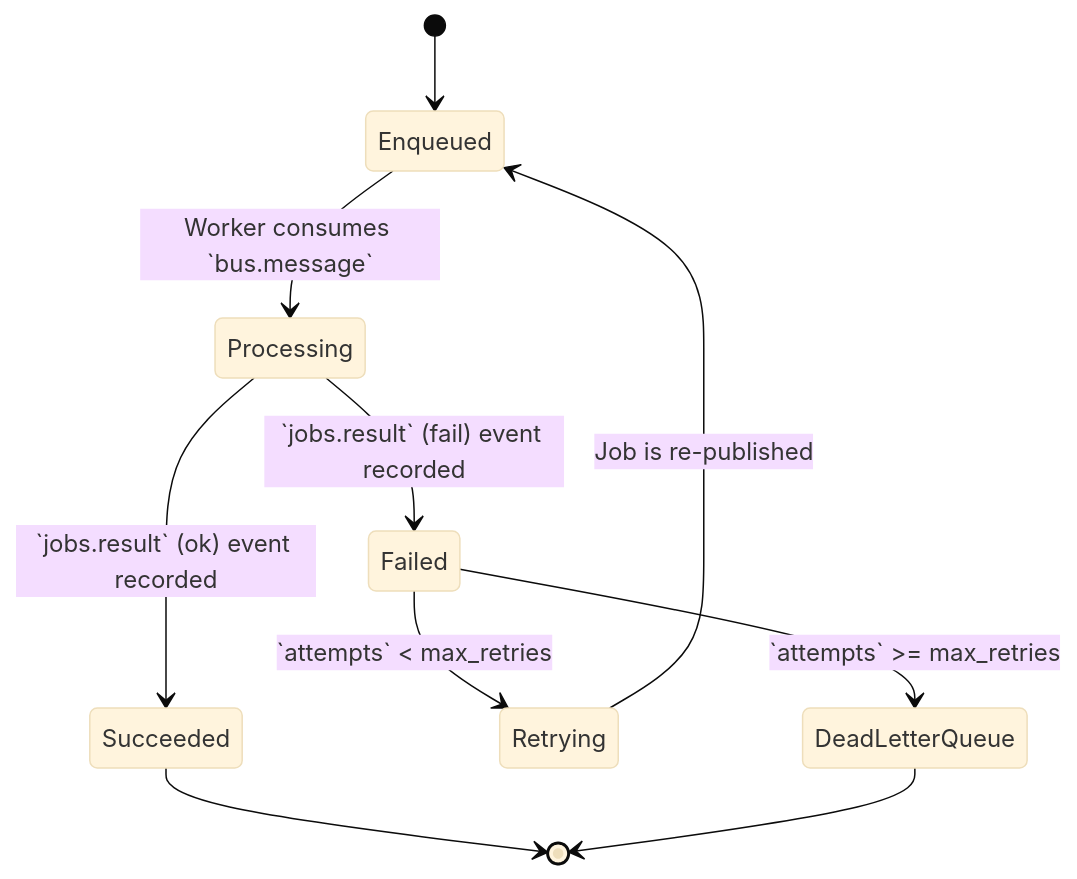
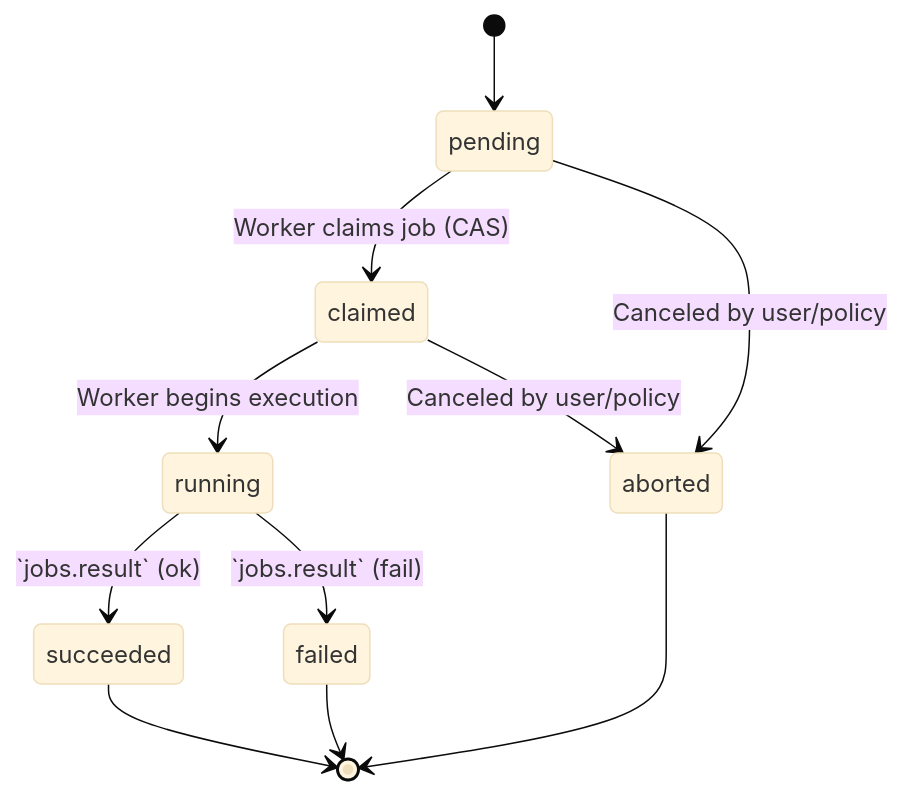
One commit to flyingrobots/gatos changed diagram 20 of 20 in docs/SPEC.md. Above: the diagram before and after it, drawn with Mermaid (base theme). The commit also changed other lines of this file and 1 other file, not shown here.

Commit message:
docs(spec): align job lifecycle states with ADR-0002; switch on-disk jobs path to <job-id>; add PoE trailer details and example; fix code fence language and trailing spaces\ndocs(adr-0002): add terminology section clarifying content_id and reference to ADR-0001

````diff
--- a/docs/SPEC.md
+++ b/docs/SPEC.md
@@ -532,15 +533,16 @@
 ```mermaid
 stateDiagram-v2
-    [*] --> Enqueued
+    [*] --> pending
 
-    Enqueued --> Processing: Worker consumes `bus.message`
-    Processing --> Succeeded: `jobs.result` (ok) event recorded
-    Processing --> Failed: `jobs.result` (fail) event recorded
+    pending --> claimed: Worker claims job (CAS)
+    claimed --> running: Worker begins execution
+    running --> succeeded: `jobs.result` (ok)
+    running --> failed: `jobs.result` (fail)
 
-    Succeeded --> [*]
-    Failed --> Retrying: `attempts` < max_retries
-    Failed --> DeadLetterQueue: `attempts` >= max_retries
+    succeeded --> [*]
+    failed --> [*]
 
-    Retrying --> Enqueued: Job is re-published
-    DeadLetterQueue --> [*]
+    pending --> aborted: Canceled by user/policy
+    claimed --> aborted: Canceled by user/policy
+    aborted --> [*]
 ```
````
